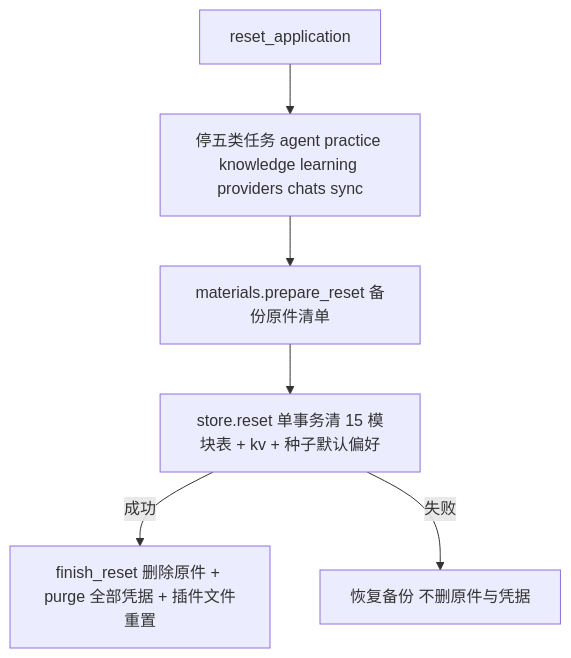
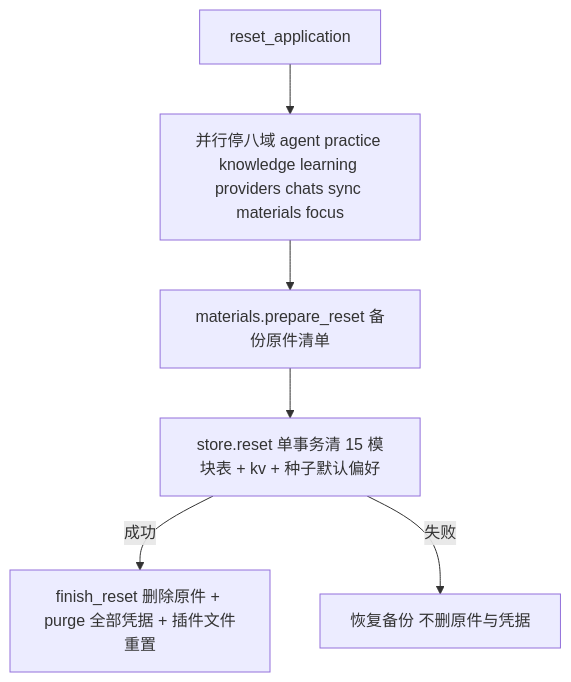
Before and after one commit to hershate/Deep-tutor: diagram 21 of 23 in docs/architecture/02-operation-principles.md, drawn with Mermaid. The commit also changed other lines of this file and 41 other files, not shown here.

````diff
--- a/docs/architecture/02-operation-principles.md
+++ b/docs/architecture/02-operation-principles.md
@@ -569,8 +571,8 @@
 ```mermaid
 flowchart TD
-    A[reset_application] --> B[停五类任务 agent practice knowledge learning providers chats sync]
+    A[reset_application] --> B[并行停八域 agent practice knowledge learning providers chats sync materials focus]
     B --> C[materials.prepare_reset 备份原件清单]
     C --> D[store.reset 单事务清 15 模块表 + kv + 种子默认偏好]
     D -->|成功| E[finish_reset 删除原件 + purge 全部凭据 + 插件文件重置]
     D -->|失败| F[恢复备份 不删原件与凭据]
 ```
````
